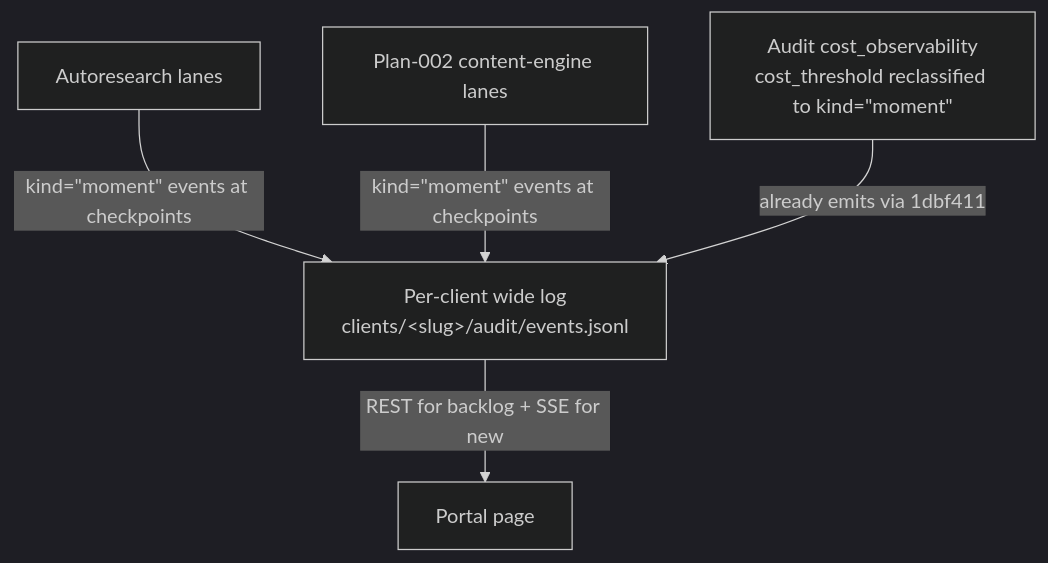
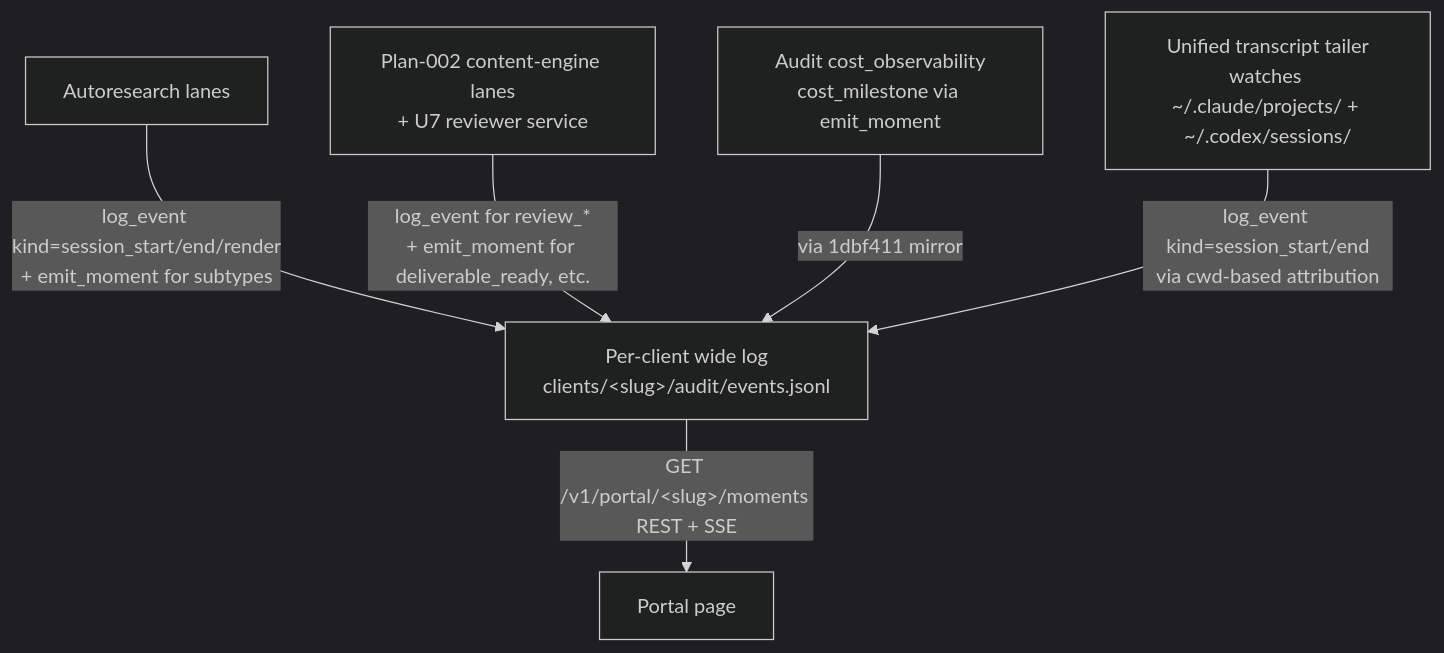
Before and after one commit to jryszardnoszczyk/gofreddy: the first of 2 diagrams in docs/brainstorms/2026-05-15-portal-moments-redesign-requirements.md, drawn with Mermaid (dark theme). The commit also changed other lines of this file, not shown here.

First line of the commit message:
brainstorm(portal-redesign): v3.3 — full gap pass, 15 fixes, truly ready for /ce:plan

````diff
--- a/docs/brainstorms/2026-05-15-portal-moments-redesign-requirements.md
+++ b/docs/brainstorms/2026-05-15-portal-moments-redesign-requirements.md
@@ -74,7 +143,8 @@
 ```mermaid
 flowchart TB
-    A[Autoresearch lanes] -->|kind=&quot;moment&quot; events at checkpoints| W[Per-client wide log<br/>clients/&lt;slug&gt;/audit/events.jsonl]
-    B[Plan-002 content-engine lanes] -->|kind=&quot;moment&quot; events at checkpoints| W
-    C[Audit cost_observability<br/>cost_threshold reclassified to kind=&quot;moment&quot;] -->|already emits via 1dbf411| W
-    W -->|REST for backlog + SSE for new| P[Portal page]
+    A[Autoresearch lanes] -->|log_event kind=session_start/end/render<br/>+ emit_moment for subtypes| W[Per-client wide log<br/>clients/&lt;slug&gt;/audit/events.jsonl]
+    B[Plan-002 content-engine lanes<br/>+ U7 reviewer service] -->|log_event for review_*<br/>+ emit_moment for deliverable_ready, etc.| W
+    C[Audit cost_observability<br/>cost_milestone via emit_moment] -->|via 1dbf411 mirror| W
+    D[Unified transcript tailer<br/>watches ~/.claude/projects/ + ~/.codex/sessions/] -->|log_event kind=session_start/end<br/>via cwd-based attribution| W
+    W -->|GET /v1/portal/&lt;slug&gt;/moments REST + SSE| P[Portal page]
 ```
````
